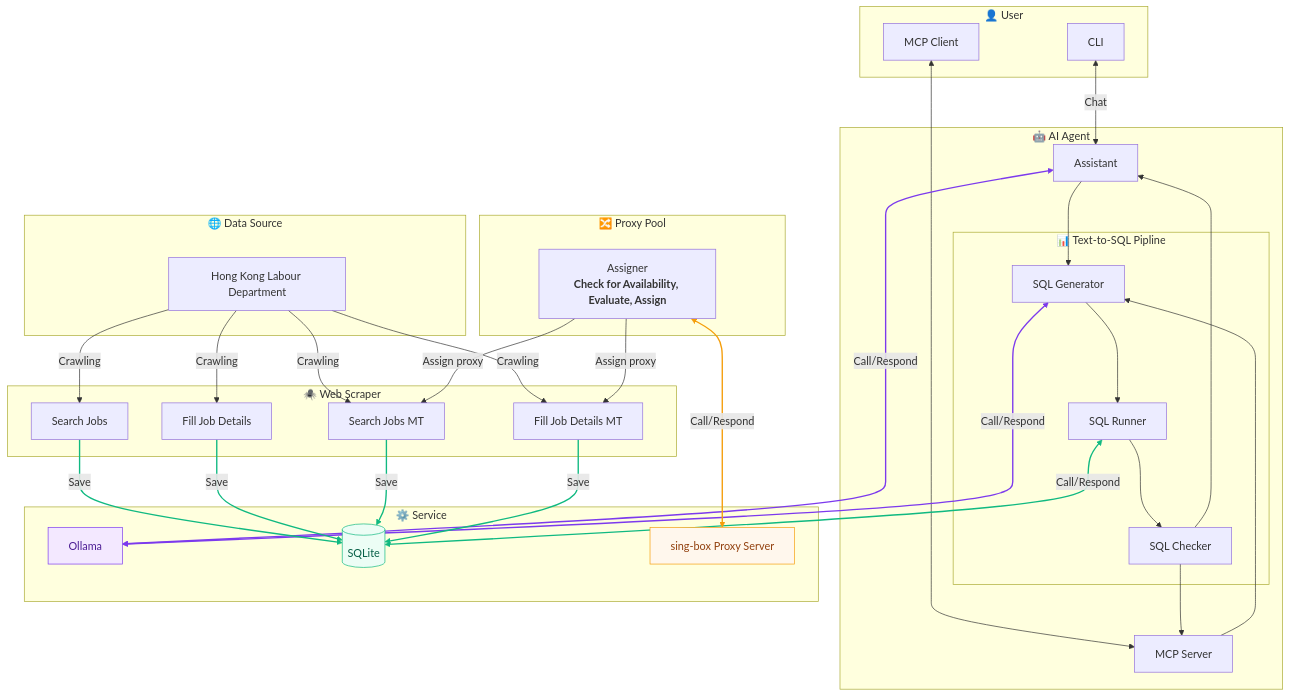
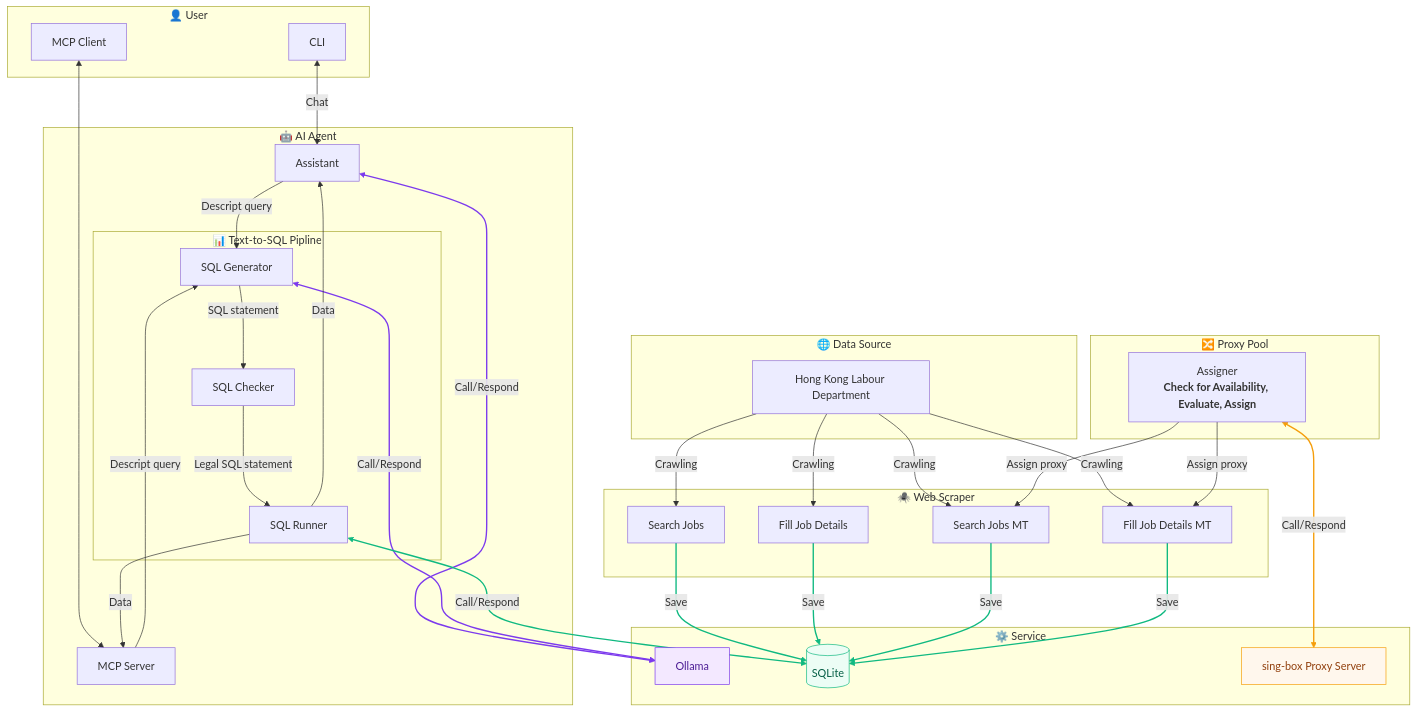
Before and after one commit to JJ-Jacko/jobs_hk: the diagram in README.md, drawn with Mermaid. The commit also changed 2 other files, not shown here.

Commit message:
fix(README.Structure): SQL_generator -> SQL_checker -> SQL_runner workflow path error.

````diff
--- a/README.md
+++ b/README.md
@@ -91,19 +91,19 @@
     CLI <-->|Chat| assistant
     MCP_CLIENT <--> MCP_server
 
+    assistant -->|Descript query| SQL_generator
     assistant <-->|Call/Respond| Ollama
-    assistant --> SQL_generator
 
-    MCP_server --> SQL_generator
+    MCP_server -->|Descript query| SQL_generator
 
-    SQL_generator --> SQL_runner
+    SQL_generator -->|SQL statement| SQL_checker
     SQL_generator <-->|Call/Respond| Ollama
 
-    SQL_runner --> SQL_checker
+    SQL_checker -->|Legal SQL statement| SQL_runner
+
+    SQL_runner -->|Data| assistant
+    SQL_runner -->|Data| MCP_server
     SQL_runner <-->|Call/Respond| SQLite
-
-    SQL_checker --> assistant
-    SQL_checker --> MCP_server
 
     web_src -->|Crawling| search_job
     web_src -->|Crawling| fill_job
@@ -127,7 +127,7 @@
     class SQLite green;
     class proxy_server orange;
 
-    linkStyle 2,6 stroke:#7C3AED,stroke-width:2px
-    linkStyle 8,15,16,17,18 stroke:#10B981,stroke-width:2px
+    linkStyle 3,6 stroke:#7C3AED,stroke-width:2px
+    linkStyle 10,15,16,17,18 stroke:#10B981,stroke-width:2px
     linkStyle 21 stroke:#F59E0B,stroke-width:2px
 ```
````
